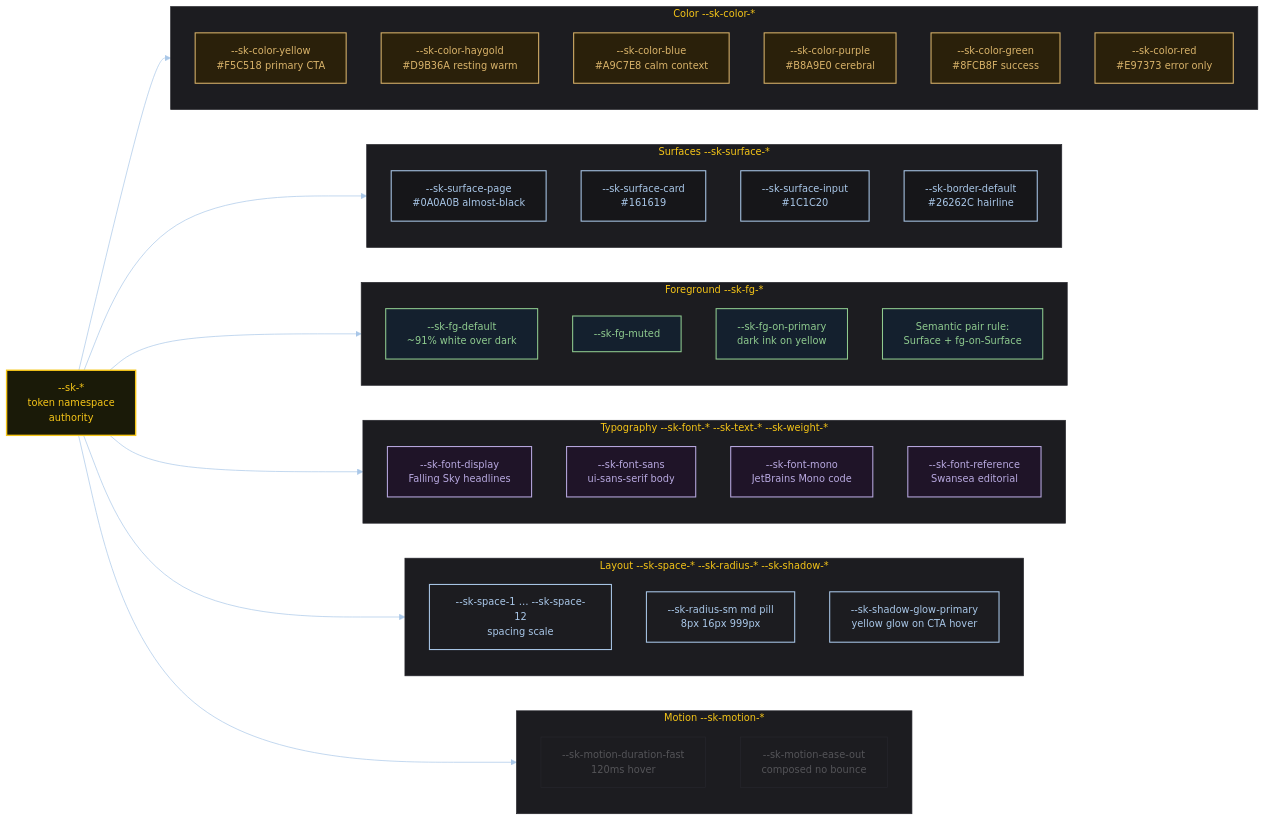
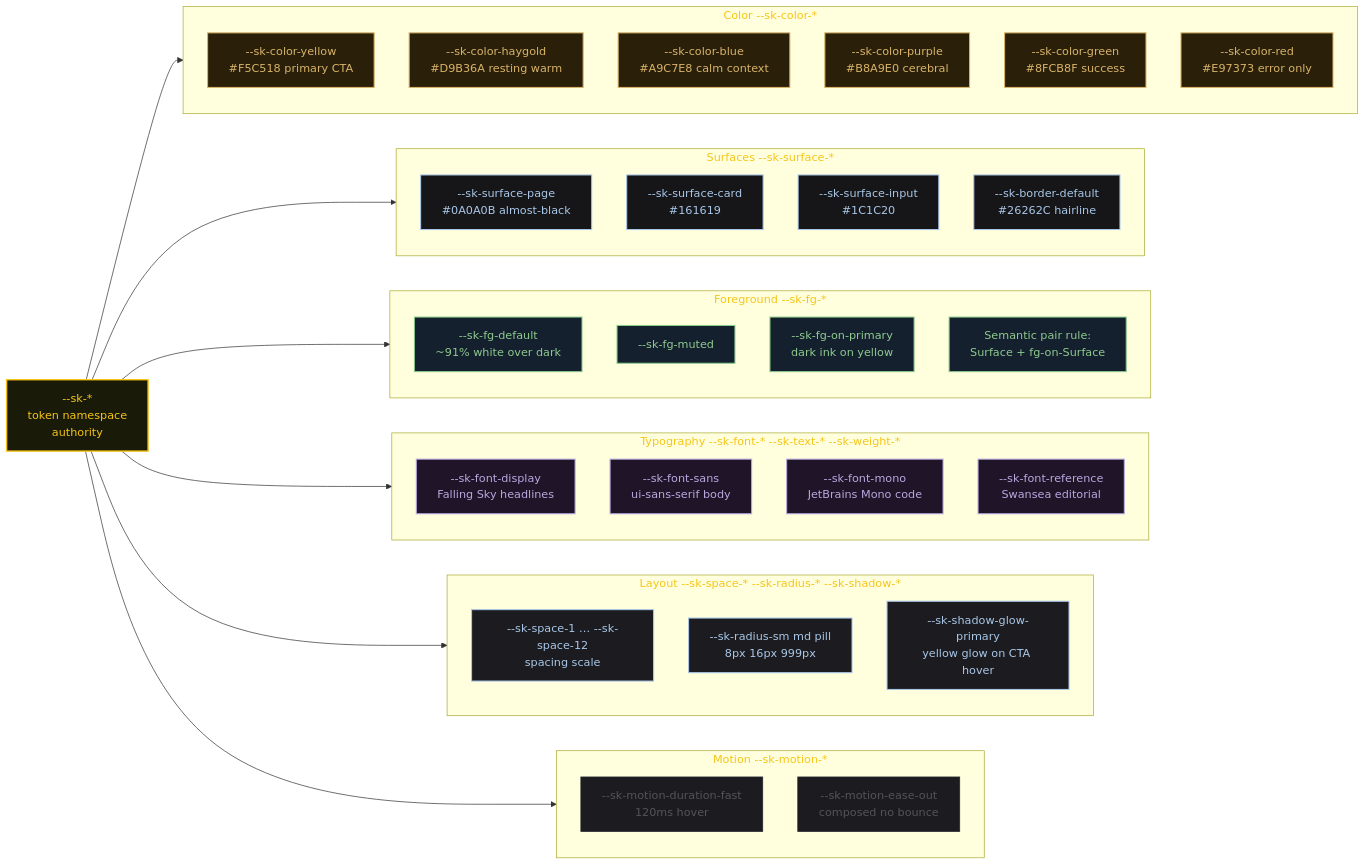
One commit to stijn-dejongh/spec-kitty-design changed the diagram in docs/architecture/assets/token-schema-categories.mmd. Above: the diagram before and after it, drawn with Mermaid. The commit also changed 46 other files, not shown here.

```diff
--- a/docs/architecture/assets/token-schema-categories.mmd
+++ b/docs/architecture/assets/token-schema-categories.mmd
@@ -1,79 +1,68 @@
-%%{init: {'theme':'base','themeVariables': {
-  'fontFamily': 'ui-sans-serif, system-ui, sans-serif',
-  'fontSize': '14px',
-  'primaryColor': '#161619',
-  'primaryTextColor': '#e8e8eb',
-  'primaryBorderColor': '#F5C518',
-  'lineColor': '#A9C7E8',
-  'secondaryColor': '#1C1C20',
-  'tertiaryColor': '#0A0A0B',
-  'edgeLabelBackground': '#1C1C20',
-  'clusterBkg': '#1C1C20',
-  'clusterBorder': '#26262C'
-}}}%%
+%%THEME%%
+
 flowchart LR
     TOKEN["--sk-*\ntoken namespace\nauthority"]
 
     subgraph Color["Color  --sk-color-*"]
         c1["--sk-color-yellow\n#F5C518  primary CTA"]
         c2["--sk-color-haygold\n#D9B36A  resting warm"]
         c3["--sk-color-blue\n#A9C7E8  calm context"]
         c4["--sk-color-purple\n#B8A9E0  cerebral"]
         c5["--sk-color-green\n#8FCB8F  success"]
         c6["--sk-color-red\n#E97373  error only"]
     end
 
     subgraph Surface["Surfaces  --sk-surface-*"]
         s1["--sk-surface-page\n#0A0A0B  almost-black"]
         s2["--sk-surface-card\n#161619"]
         s3["--sk-surface-input\n#1C1C20"]
         s4["--sk-border-default\n#26262C  hairline"]
     end
 
     subgraph Foreground["Foreground  --sk-fg-*"]
         f1["--sk-fg-default\n~91% white over dark"]
         f2["--sk-fg-muted"]
         f3["--sk-fg-on-primary\ndark ink on yellow"]
         f4["Semantic pair rule:\nSurface + fg-on-Surface"]
     end
 
     subgraph Type["Typography  --sk-font-* --sk-text-* --sk-weight-*"]
         t1["--sk-font-display\nFalling Sky  headlines"]
         t2["--sk-font-sans\nui-sans-serif  body"]
         t3["--sk-font-mono\nJetBrains Mono  code"]
         t4["--sk-font-reference\nSwansea  editorial"]
     end
 
     subgraph Layout["Layout  --sk-space-* --sk-radius-* --sk-shadow-*"]
         l1["--sk-space-1 … --sk-space-12\nspacing scale"]
         l2["--sk-radius-sm  md  pill\n8px  16px  999px"]
         l3["--sk-shadow-glow-primary\nyellow glow on CTA hover"]
     end
 
     subgraph Motion["Motion  --sk-motion-*"]
         m1["--sk-motion-duration-fast\n120ms  hover"]
         m2["--sk-motion-ease-out\ncomposed  no bounce"]
     end
 
     TOKEN --> Color
     TOKEN --> Surface
     TOKEN --> Foreground
     TOKEN --> Type
     TOKEN --> Layout
     TOKEN --> Motion
 
     classDef root fill:#1a1a08,stroke:#F5C518,color:#F5C518,stroke-width:2px
     classDef color_cls fill:#2a200a,stroke:#D9B36A,color:#D9B36A,stroke-width:1.5px
     classDef surface_cls fill:#161619,stroke:#A9C7E8,color:#A9C7E8,stroke-width:1.5px
     classDef fg_cls fill:#14202E,stroke:#8FCB8F,color:#8FCB8F,stroke-width:1.5px
     classDef type_cls fill:#1f1428,stroke:#B8A9E0,color:#B8A9E0,stroke-width:1.5px
     classDef layout_cls fill:#1C1C20,stroke:#A9C7E8,color:#A9C7E8,stroke-width:1.5px
     classDef motion_cls fill:#1C1C20,stroke:#26262C,color:#545458,stroke-width:1px
 
     class TOKEN root
     class c1,c2,c3,c4,c5,c6 color_cls
     class s1,s2,s3,s4 surface_cls
     class f1,f2,f3,f4 fg_cls
     class t1,t2,t3,t4 type_cls
     class l1,l2,l3 layout_cls
     class m1,m2 motion_cls
```
